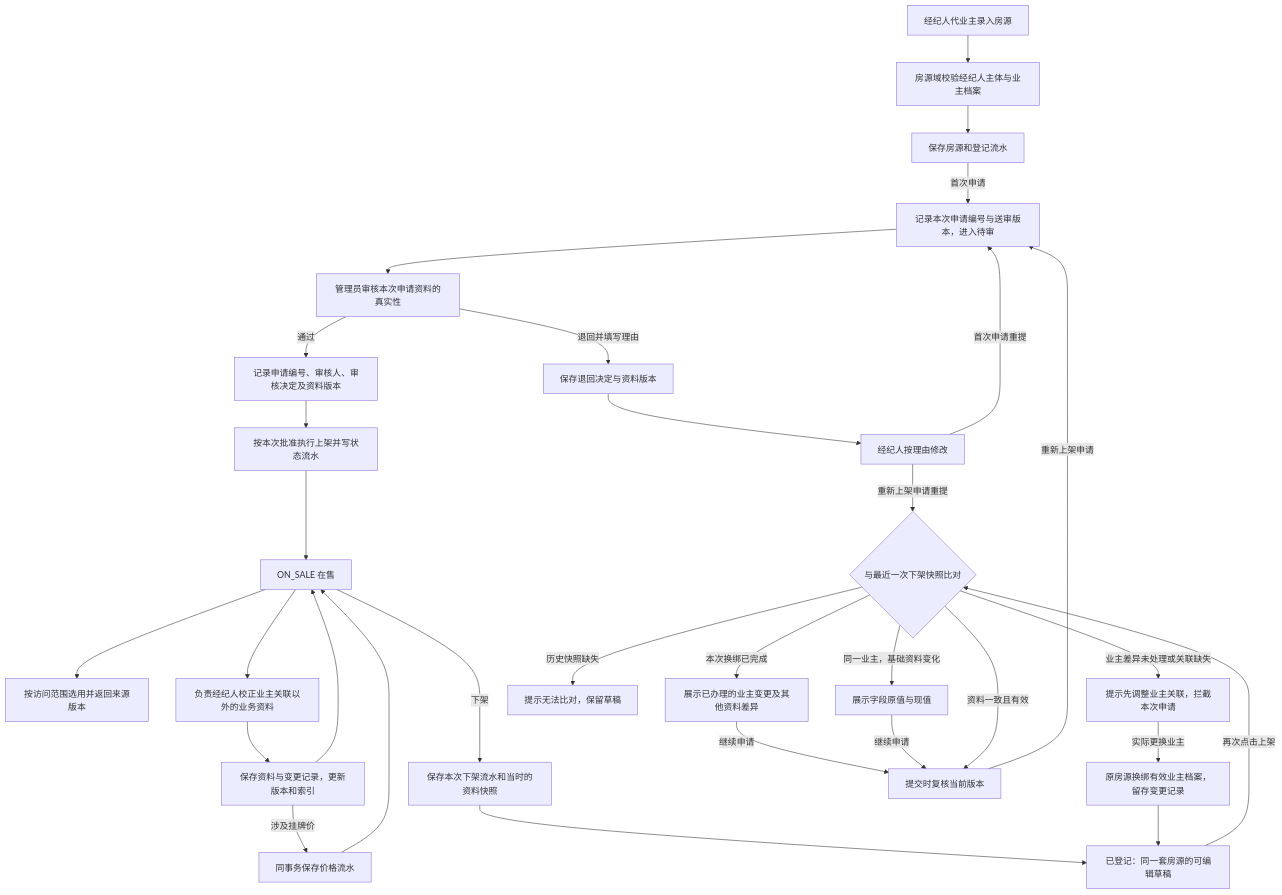
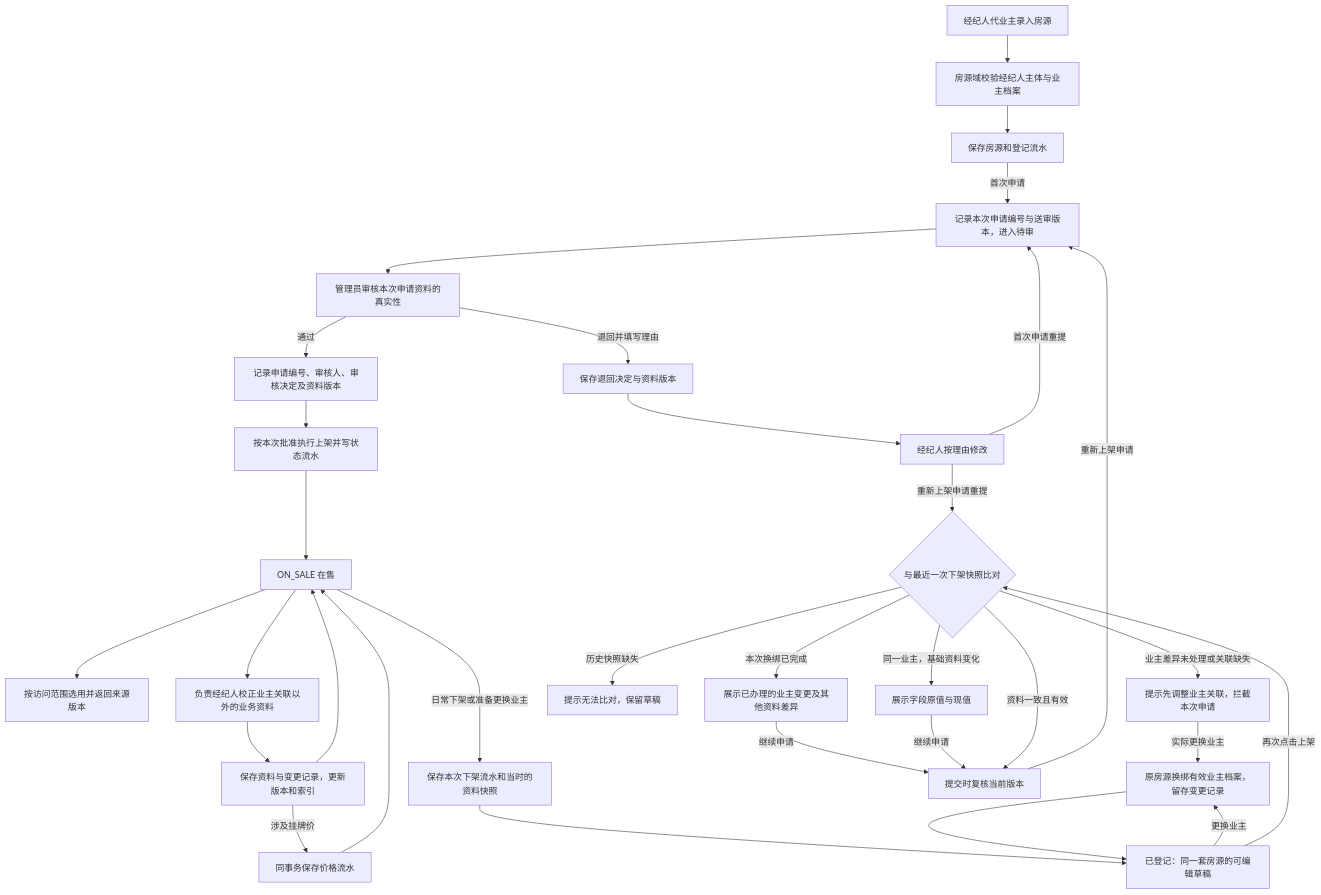
The second of 4 diagrams in openspec/changes/align-listing-marketing-workflows/dataflow.md (crj-tik/BkAnentProject), drawn with Mermaid before and after one commit. The commit also changed other lines of this file and 6 other files, not shown here.

````diff
--- a/openspec/changes/align-listing-marketing-workflows/dataflow.md
+++ b/openspec/changes/align-listing-marketing-workflows/dataflow.md
@@ -32,33 +32,34 @@
 ```mermaid
 flowchart TD
     Create[经纪人代业主录入房源] --> Owner[房源域校验经纪人主体与业主档案]
     Owner --> Save[保存房源和登记流水]
     Save -->|首次申请| Submit[记录本次申请编号与送审版本，进入待审]
     Submit --> Review[管理员审核本次申请资料的真实性]
     Review -->|退回并填写理由| Return[保存退回决定与资料版本]
     Return --> Edit[经纪人按理由修改]
     Edit -->|首次申请重提| Submit
     Edit -->|重新上架申请重提| Compare
     Review -->|通过| Approve[记录申请编号、审核人、审核决定及资料版本]
     Approve --> MarkLive[按本次批准执行上架并写状态流水]
     MarkLive --> Active[ON_SALE 在售]
     Active --> Select[按访问范围选用并返回来源版本]
     Active --> Correct[负责经纪人校正业主关联以外的业务资料]
     Correct --> Commit[保存资料与变更记录，更新版本和索引]
     Commit -->|涉及挂牌价| PriceHistory[同事务保存价格流水]
     PriceHistory --> Active
     Commit --> Active
-    Active -->|下架| Delist[保存本次下架流水和当时的资料快照]
+    Active -->|日常下架或准备更换业主| Delist[保存本次下架流水和当时的资料快照]
     Delist --> Registered[已登记：同一套房源的可编辑草稿]
+    Registered -->|更换业主| Rebind
     Registered -->|再次点击上架| Compare{与最近一次下架快照比对}
     Compare -->|业主差异未处理或关联缺失| FixOwner[提示先调整业主关联，拦截本次申请]
     FixOwner -->|实际更换业主| Rebind[原房源换绑有效业主档案，留存变更记录]
     Rebind --> Registered
     Compare -->|本次换绑已完成| OwnerChanged[展示已办理的业主变更及其他资料差异]
     OwnerChanged -->|继续申请| Apply
     Compare -->|同一业主，基础资料变化| Changes[展示字段原值与现值]
     Changes -->|继续申请| Apply[提交时复核当前版本]
     Compare -->|资料一致且有效| Apply
     Apply -->|重新上架申请| Submit
     Compare -->|历史快照缺失| Missing[提示无法比对，保留草稿]
 ```
````
